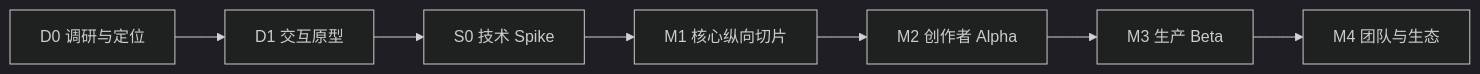
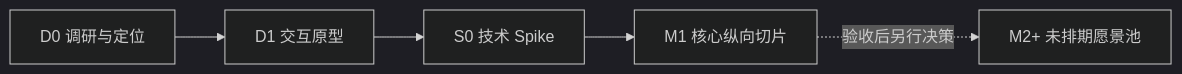
One commit to Longyuyeee/WorLdGame changed the diagram in docs/08-roadmap.md. Above: the diagram before and after it, drawn with Mermaid (dark theme). The commit also changed other lines of this file and 11 other files, not shown here.

````diff
--- a/docs/08-roadmap.md
+++ b/docs/08-roadmap.md
@@ -12,9 +12,7 @@
 ```mermaid
 flowchart LR
     D0["D0 调研与定位"] --> D1["D1 交互原型"]
     D1 --> S0["S0 技术 Spike"]
     S0 --> M1["M1 核心纵向切片"]
-    M1 --> M2["M2 创作者 Alpha"]
-    M2 --> M3["M3 生产 Beta"]
-    M3 --> M4["M4 团队与生态"]
+    M1 -. "验收后另行决策" .-> Future["M2+ 未排期愿景池"]
 ```
````
